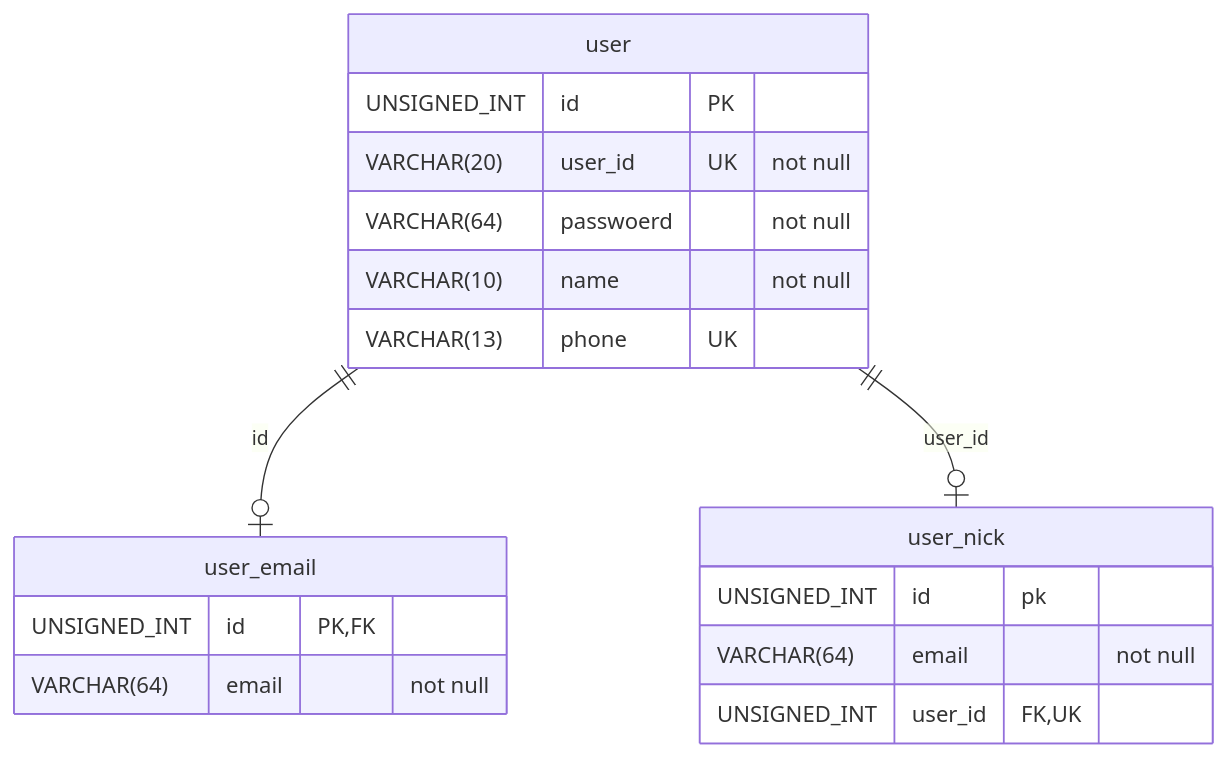
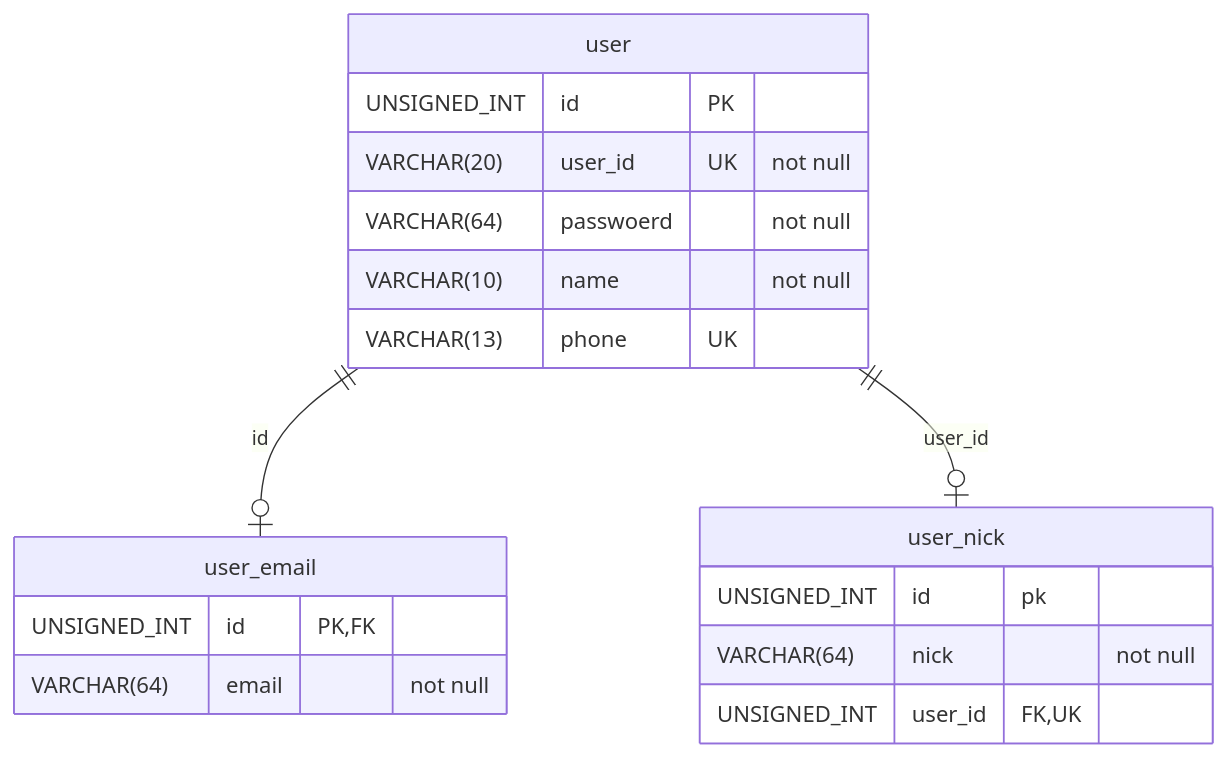
One commit to lee-dong-chan/AWS changed the second of 4 diagrams in study/study/17.DB_basic/240415.md. Above: the diagram before and after it, drawn with Mermaid. The commit also changed other lines of this file and 89 other files, not shown here.

````diff
--- a/study/study/17.DB_basic/240415.md
+++ b/study/study/17.DB_basic/240415.md
@@ -90,23 +90,23 @@
 ```mermaid
 erDiagram
 user{
     UNSIGNED_INT id PK
     VARCHAR(20) user_id UK "not null"
     VARCHAR(64) passwoerd "not null"
     VARCHAR(10) name "not null"
     VARCHAR(13) phone UK
 }
 
 user_email {
     UNSIGNED_INT id PK,FK
     VARCHAR(64) email "not null"
  }
  user ||--o| user_email : id
 
  user_nick{
     UNSIGNED_INT id pk
-    VARCHAR(64) email "not null"
+    VARCHAR(64) nick "not null"
     UNSIGNED_INT user_id  FK,UK
  }
  user ||--o| user_nick : user_id
 ```
````
